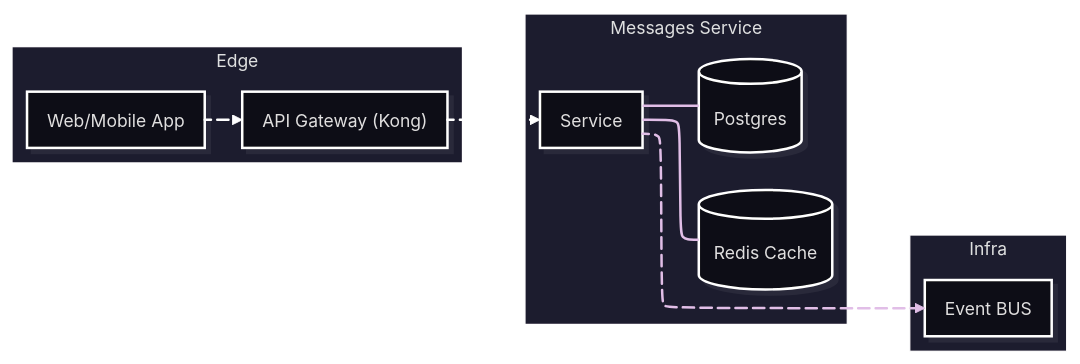
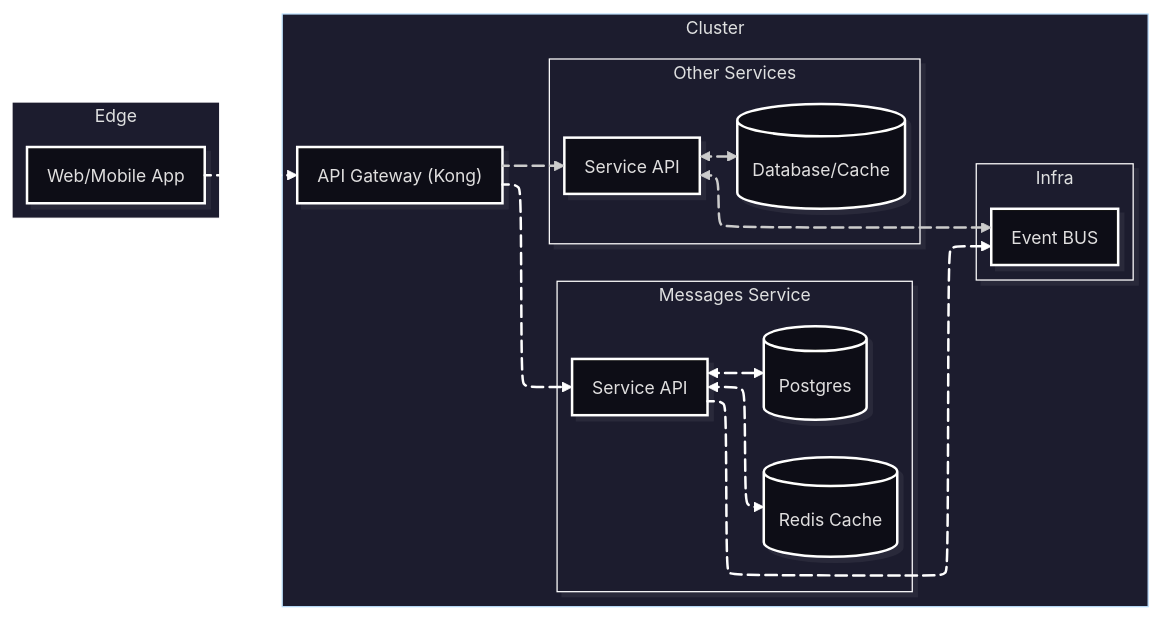
Before and after one commit to KroderDev/INF326-tarea-2: the diagram in README.md, drawn with Mermaid.

Commit message:
Update Diagram

````diff
--- a/README.md
+++ b/README.md
@@ -6,37 +6,54 @@
 ```mermaid
 ---
 config:
   layout: elk
   look: neo
   theme: redux-dark
 ---
 flowchart LR
  subgraph EDGE["Edge"]
         UI["Web/Mobile App"]
-        APIGW["API Gateway (Kong)"]
   end
  subgraph MessagesService["Messages Service"]
-        MSPod["Service"]
+        MSPod["Service API"]
         MSRedis["Redis Cache"]
         MSPostgres["Postgres"]
   end
  subgraph Infra["Infra"]
         BUS["Event BUS"]
   end
+ subgraph OtherServices["Other Services"]
+        OSPod["Service API"]
+        OSDatabase["Database/Cache"]
+  end
+ subgraph Cluster["Cluster"]
+        APIGW["API Gateway (Kong)"]
+        MessagesService
+        Infra
+        OtherServices
+  end
     UI L_UI_APIGW_0@--> APIGW
-    APIGW L_APIGW_MSPod_0@--> MSPod
-    MSPod --- MSRedis & MSPostgres
+    APIGW L_APIGW_MSPod_0@--> MSPod & OSPod
+    MSPod L_MSPod_MSRedis_0@<--> MSRedis & MSPostgres
     MSPod L_MSPod_BUS_0@-.-> BUS
-    MSRedis@{ shape: cyl}
-    MSPostgres@{ shape: cyl}
+    OSPod L_OSPod_OSDatabase_0@<--> OSDatabase & BUS
+    MSRedis@{ shape: db}
+    MSPostgres@{ shape: db}
+    OSDatabase@{ shape: db}
     style EDGE stroke:#FFFFFF
+    style Cluster stroke:#BBDEFB
     linkStyle 0 stroke:#FFFFFF,fill:none
     linkStyle 1 stroke:#FFFFFF,fill:none
-    linkStyle 2 stroke:#E1BEE7,fill:none
-    linkStyle 3 stroke:#E1BEE7,fill:none
-    linkStyle 4 stroke:#E1BEE7,fill:none
+    linkStyle 3 stroke:#FFFFFF,fill:none
+    linkStyle 4 stroke:#FFFFFF,fill:none
+    linkStyle 5 stroke:#FFFFFF,fill:none
     L_UI_APIGW_0@{ animation: fast } 
     L_APIGW_MSPod_0@{ animation: fast } 
-    L_MSPod_BUS_0@{ animation: slow }
+    L_APIGW_OSPod_0@{ animation: fast } 
+    L_MSPod_MSRedis_0@{ animation: fast } 
+    L_MSPod_MSPostgres_0@{ animation: slow } 
+    L_MSPod_BUS_0@{ animation: slow } 
+    L_OSPod_OSDatabase_0@{ animation: fast } 
+    L_OSPod_BUS_0@{ animation: slow }
 
 ```
````
